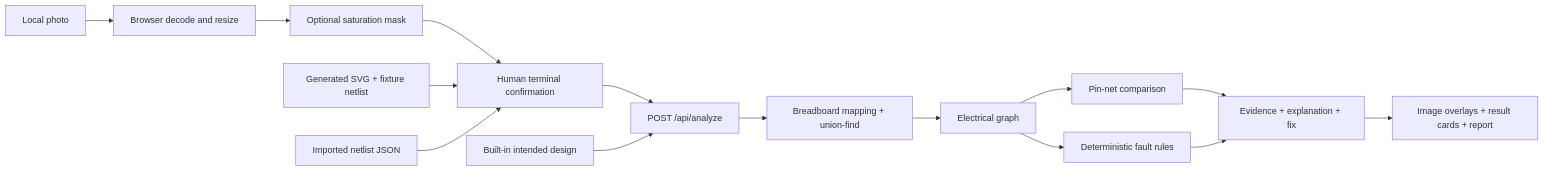
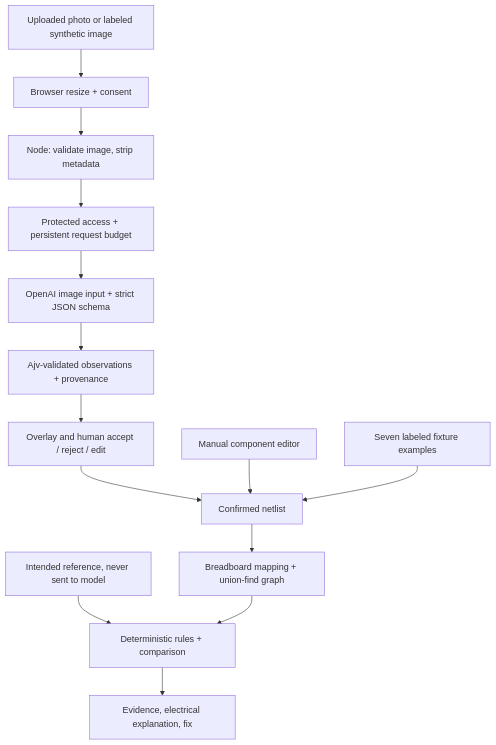
One commit to luiscontrerasus-glitch/CircuitLens changed the diagram in README.md. Above: the diagram before and after it, drawn with Mermaid. The commit also changed other lines of this file and 102 other files, not shown here.

````diff
--- a/README.md
+++ b/README.md
@@ -29,17 +28,16 @@
 ```mermaid
-flowchart LR
-    P[Local photo] --> V[Browser decode and resize]
-    V --> M[Optional saturation mask]
-    M --> H[Human terminal confirmation]
-    D[Generated SVG + fixture netlist] --> H
-    J[Imported netlist JSON] --> H
-    H --> A[POST /api/analyze]
-    R[Built-in intended design] --> A
-    A --> U[Breadboard mapping + union-find]
-    U --> G[Electrical graph]
-    G --> C[Pin-net comparison]
-    G --> F[Deterministic fault rules]
-    C --> E[Evidence + explanation + fix]
-    F --> E
-    E --> O[Image overlays + result cards + report]
+flowchart TD
+    I[Uploaded photo or labeled synthetic image] --> P[Browser resize + consent]
+    P --> S[Node: validate image, strip metadata]
+    S --> Q[Protected access + persistent request budget]
+    Q --> V[OpenAI image input + strict JSON schema]
+    V --> O[Ajv-validated observations + provenance]
+    O --> H[Overlay and human accept / reject / edit]
+    H --> N[Confirmed netlist]
+    M[Manual component editor] --> N
+    F[Seven labeled fixture examples] --> N
+    N --> G[Breadboard mapping + union-find graph]
+    R[Intended reference, never sent to model] --> D[Deterministic rules + comparison]
+    G --> D
+    D --> E[Evidence, electrical explanation, fix]
 ```
````
